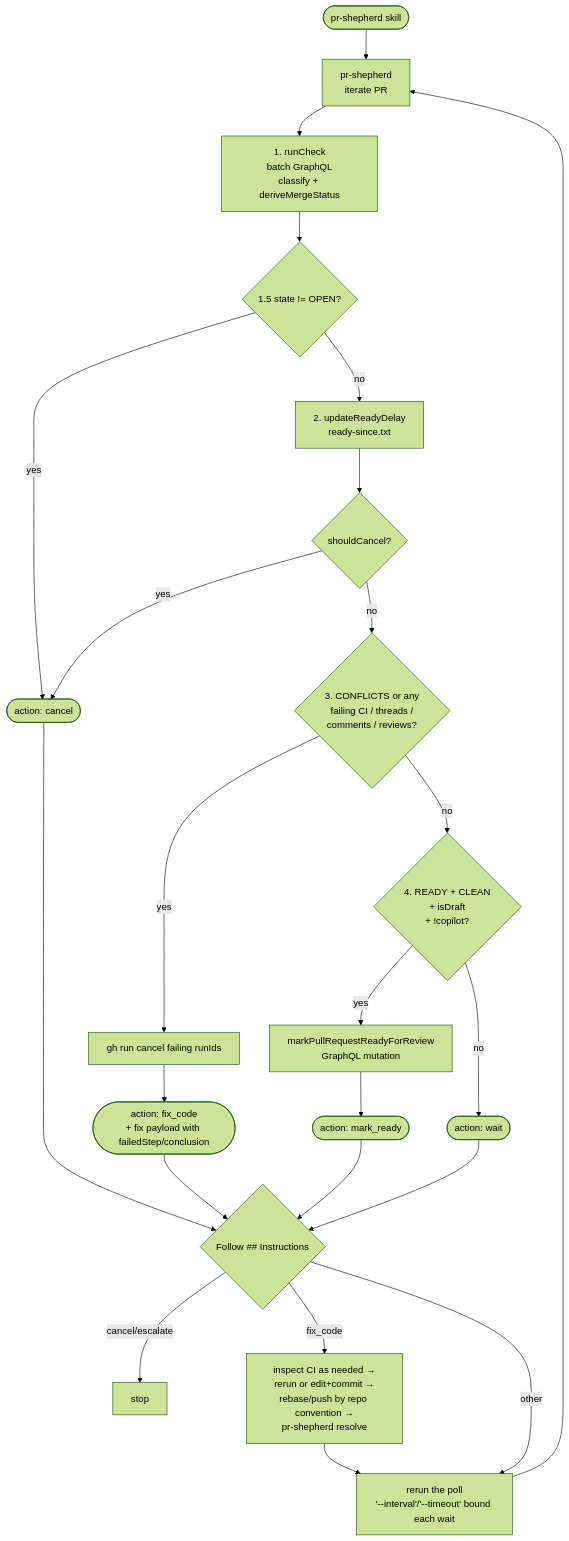
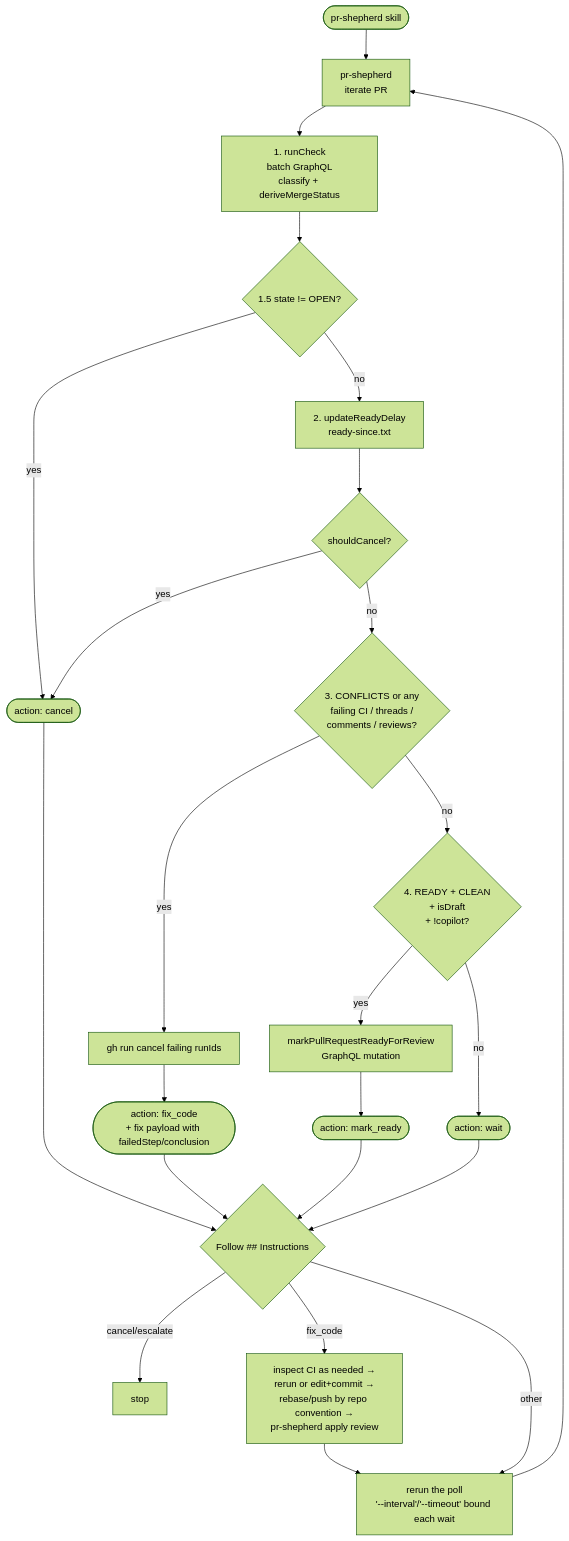
The diagram in docs/flow.md (jonathanong/pr-shepherd), drawn with Mermaid (forest theme) before and after one commit. The commit also changed 179 other files, not shown here.

````diff
--- a/docs/flow.md
+++ b/docs/flow.md
@@ -3,30 +3,30 @@
 ```mermaid
 flowchart TD
   U(["pr-shepherd skill"]) --> ITER[pr-shepherd<br/>iterate PR]
 
   ITER --> S1[1. runCheck<br/>batch GraphQL<br/>classify + deriveMergeStatus]
 
   S1 --> S15{1.5 state != OPEN?}
   S15 -->|yes| A_CAN([action: cancel])
   S15 -->|no| S2[2. updateReadyDelay<br/>ready-since.txt]
   S2 --> S2C{shouldCancel?}
   S2C -->|yes| A_CAN
   S2C -->|no| S3{3. CONFLICTS or any<br/>failing CI / threads /<br/>comments / reviews?}
   S3 -->|yes| S3X[gh run cancel failing runIds]
   S3X --> A_FIX([action: fix_code<br/>+ fix payload with failedStep/conclusion])
   S3 -->|no| S4{4. READY + CLEAN<br/>+ isDraft<br/>+ !copilot?}
   S4 -->|yes| S4X[markPullRequestReadyForReview<br/>GraphQL mutation]
   S4X --> A_MR([action: mark_ready])
   S4 -->|no| A_W([action: wait])
 
   A_CAN --> DEC{Follow ## Instructions}
   A_FIX --> DEC
   A_MR --> DEC
   A_W --> DEC
 
   DEC -->|cancel/escalate| STOP["stop"]
-  DEC -->|fix_code| FIX[inspect CI as needed →<br/>rerun or edit+commit →<br/>rebase/push by repo convention →<br/>pr-shepherd resolve]
+  DEC -->|fix_code| FIX[inspect CI as needed →<br/>rerun or edit+commit →<br/>rebase/push by repo convention →<br/>pr-shepherd apply review]
   FIX --> RERUN[rerun the poll<br/>'--interval'/'--timeout' bound each wait]
   DEC -->|other| RERUN
   RERUN --> ITER
 ```
````
